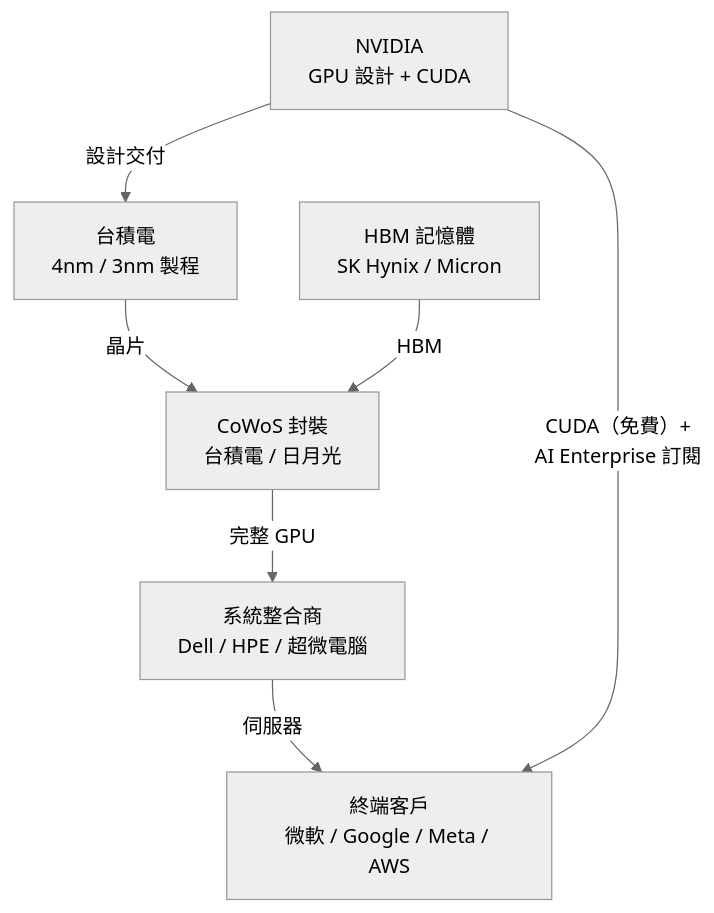
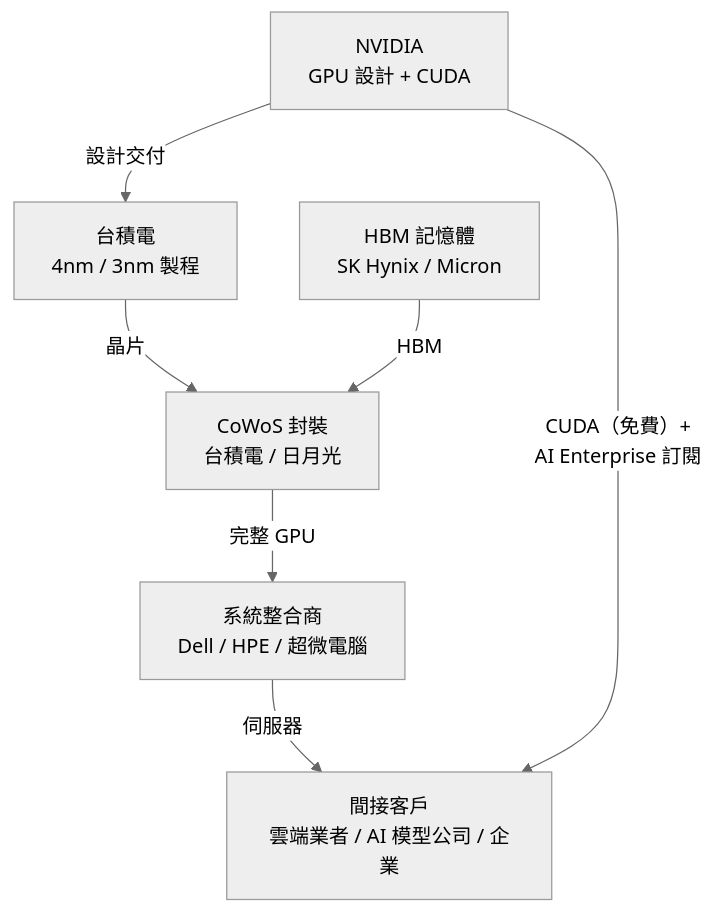
Before and after one commit to wizardhsiehcom/book: the second of 2 diagrams in docs/nvidia/business-model.md, drawn with Mermaid (neutral theme). The commit also changed other lines of this file and 5 other files, not shown here.

````diff
--- a/docs/nvidia/business-model.md
+++ b/docs/nvidia/business-model.md
@@ -25,16 +25,16 @@
 ```mermaid
 flowchart TD
     A["系統整合商<br/>Dell / HPE / 超微電腦"]
     B["NVIDIA<br/>GPU 設計 + CUDA"]
     C["台積電<br/>4nm / 3nm 製程"]
     D["CoWoS 封裝<br/>台積電 / 日月光"]
     E["HBM 記憶體<br/>SK Hynix / Micron"]
-    F["終端客戶<br/>微軟 / Google / Meta / AWS"]
+    F["間接客戶<br/>雲端業者 / AI 模型公司 / 企業"]
 
     B -->|設計交付| C
     C -->|晶片| D
     E -->|HBM| D
     D -->|完整 GPU| A
     A -->|伺服器| F
     B -->|"CUDA（免費）+<br/>AI Enterprise 訂閱"| F
 ```
````
